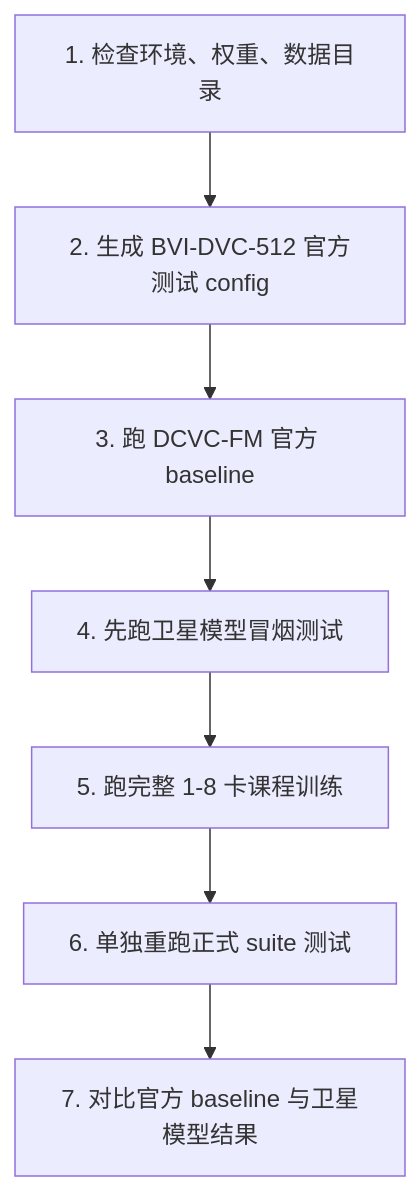
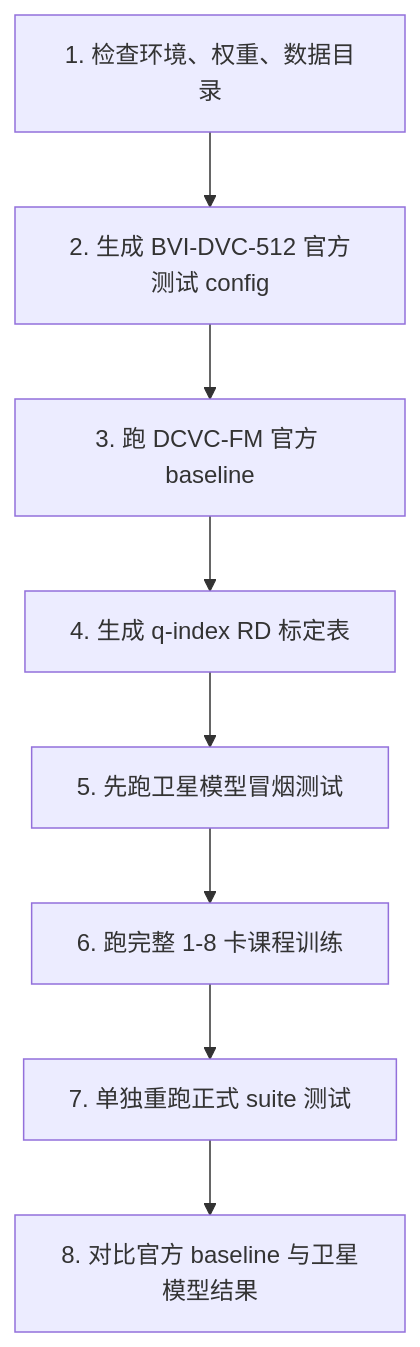
Before and after one commit to BlackQz/DCVC: the diagram in DCVC-family/DCVC-FM/docs/dcvcfm_satellite_training_plan.md, drawn with Mermaid. The commit also changed other lines of this file and 12 other files, not shown here.

````diff
--- a/DCVC-family/DCVC-FM/docs/dcvcfm_satellite_training_plan.md
+++ b/DCVC-family/DCVC-FM/docs/dcvcfm_satellite_training_plan.md
@@ -42,9 +47,10 @@
 ```mermaid
 flowchart TD
     A["1. 检查环境、权重、数据目录"] --> B["2. 生成 BVI-DVC-512 官方测试 config"]
     B --> C["3. 跑 DCVC-FM 官方 baseline"]
-    C --> D["4. 先跑卫星模型冒烟测试"]
-    D --> E["5. 跑完整 1-8 卡课程训练"]
-    E --> F["6. 单独重跑正式 suite 测试"]
-    F --> G["7. 对比官方 baseline 与卫星模型结果"]
+    C --> D["4. 生成 q-index RD 标定表"]
+    D --> E["5. 先跑卫星模型冒烟测试"]
+    E --> F["6. 跑完整 1-8 卡课程训练"]
+    F --> G["7. 单独重跑正式 suite 测试"]
+    G --> H["8. 对比官方 baseline 与卫星模型结果"]
 ```
````
